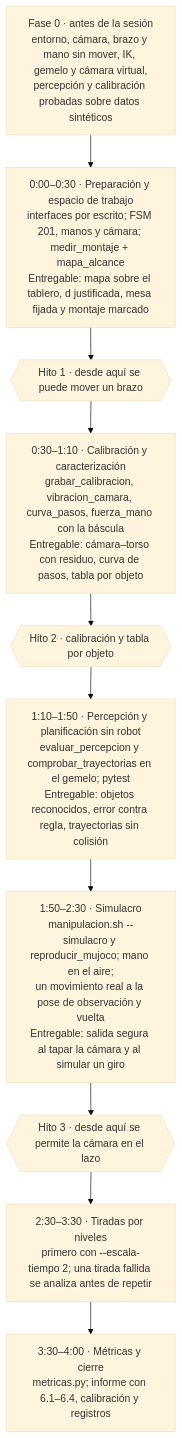
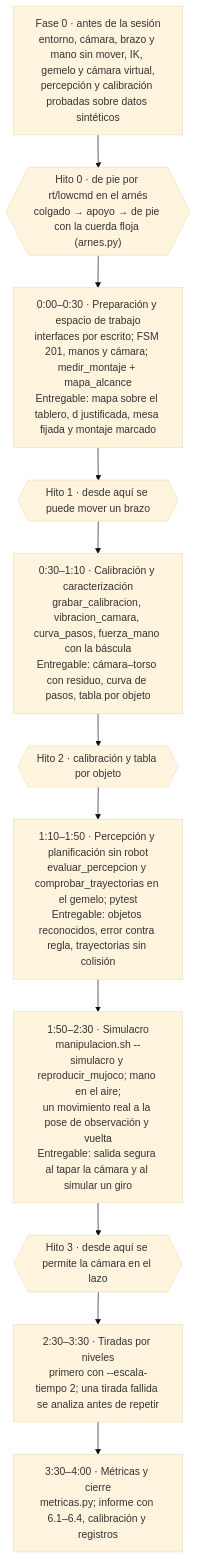
The third of 3 diagrams in retos_capacitacion/manipulacion/docs/PLAN.md (smorales2405/h1_2_utec), drawn with Mermaid (base theme) before and after one commit. The commit also changed other lines of this file and 59 other files, not shown here.

````diff
--- a/retos_capacitacion/manipulacion/docs/PLAN.md
+++ b/retos_capacitacion/manipulacion/docs/PLAN.md
@@ -357,14 +446,15 @@
 ```mermaid
 flowchart TD
   F0["Fase 0 · antes de la sesión<br/>entorno, cámara, brazo y mano sin mover, IK, gemelo y cámara virtual,<br/>percepción y calibración probadas sobre datos sintéticos"]
+  H0{{"Hito 0 · de pie por rt/lowcmd en el arnés<br/>colgado → apoyo → de pie con la cuerda floja (arnes.py)"}}
   F1["0:00–0:30 · Preparación y espacio de trabajo<br/>interfaces por escrito; FSM 201, manos y cámara; medir_montaje + mapa_alcance<br/>Entregable: mapa sobre el tablero, d justificada, mesa fijada y montaje marcado"]
   H1{{"Hito 1 · desde aquí se puede mover un brazo"}}
   F2["0:30–1:10 · Calibración y caracterización<br/>grabar_calibracion, vibracion_camara, curva_pasos, fuerza_mano con la báscula<br/>Entregable: cámara–torso con residuo, curva de pasos, tabla por objeto"]
   H2{{"Hito 2 · calibración y tabla por objeto"}}
   F3["1:10–1:50 · Percepción y planificación sin robot<br/>evaluar_percepcion y comprobar_trayectorias en el gemelo; pytest<br/>Entregable: objetos reconocidos, error contra regla, trayectorias sin colisión"]
   F4["1:50–2:30 · Simulacro<br/>manipulacion.sh --simulacro y reproducir_mujoco; mano en el aire;<br/>un movimiento real a la pose de observación y vuelta<br/>Entregable: salida segura al tapar la cámara y al simular un giro"]
   H3{{"Hito 3 · desde aquí se permite la cámara en el lazo"}}
   F5["2:30–3:30 · Tiradas por niveles<br/>primero con --escala-tiempo 2; una tirada fallida se analiza antes de repetir"]
   F6["3:30–4:00 · Métricas y cierre<br/>metricas.py; informe con 6.1–6.4, calibración y registros"]
-  F0 --> F1 --> H1 --> F2 --> H2 --> F3 --> F4 --> H3 --> F5 --> F6
+  F0 --> H0 --> F1 --> H1 --> F2 --> H2 --> F3 --> F4 --> H3 --> F5 --> F6
 ```
````
